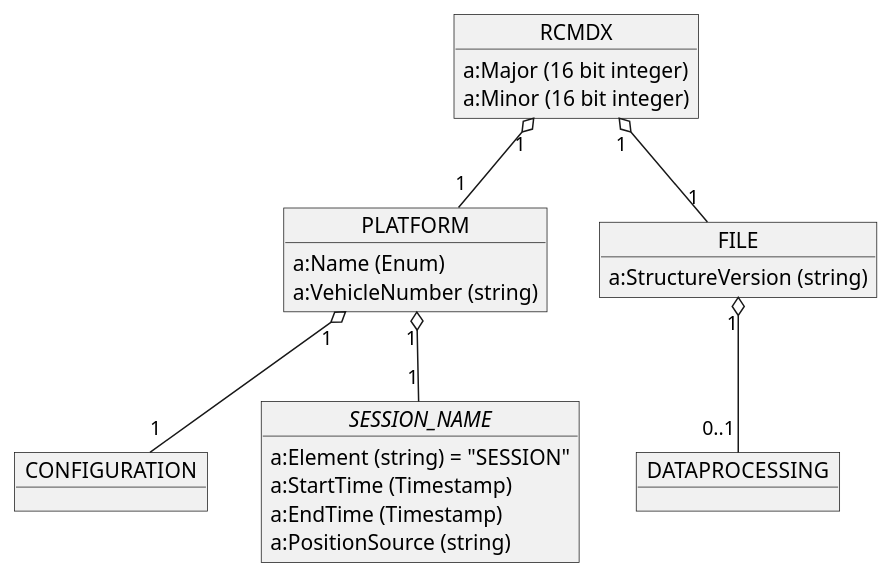
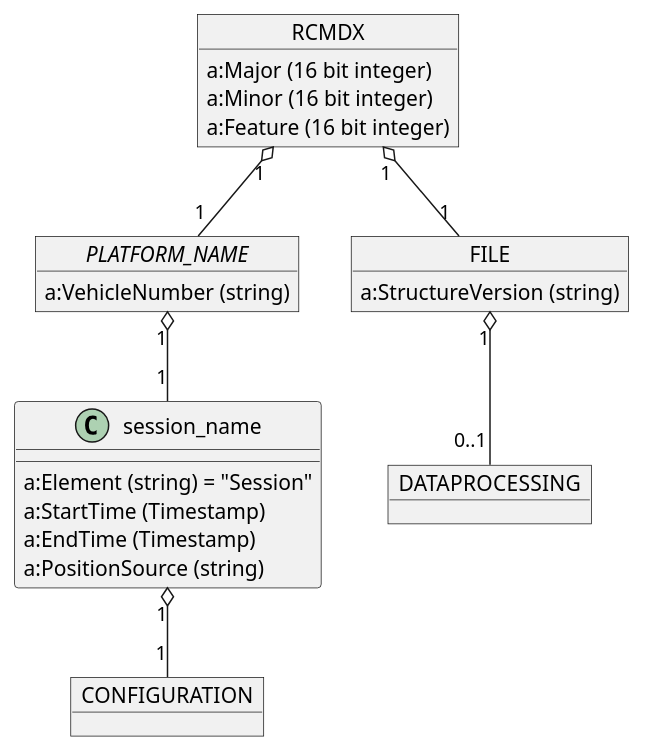
Before and after one commit to OpenRailAssociation/rcm-dx: the second of 13 diagrams in images/rcm-dx-images.puml, drawn with PlantUML. The commit also changed other lines of this file and 17 other files, not shown here.

```diff
--- a/images/rcm-dx-images.puml
+++ b/images/rcm-dx-images.puml
@@ -43,34 +43,34 @@
 @startuml rcmdx_root_group
 
   object RCMDX {
     a:Major (16 bit integer)
     a:Minor (16 bit integer)
+    a:Feature (16 bit integer)
   }
  
-  object PLATFORM {
-    a:Name (Enum)
+  object "//PLATFORM_NAME//" as PLATFORM {
     a:VehicleNumber (string)
   }
   RCMDX "1" o-- "1" PLATFORM
 
   object FILE {
     a:StructureVersion (string)
   }
   RCMDX "1" o-- "1" FILE
 
   object DATAPROCESSING {
   }
   FILE "1" o-- "0..1" DATAPROCESSING
 
-  object "CONFIGURATION" as platform_config
-  PLATFORM "1" o-- "1" platform_config
+  object "CONFIGURATION" as session_config
+  session_name "1" o-- "1" session_config
 
   object "//SESSION_NAME//" as session_name {
-    a:Element (string) = "SESSION"
+    a:Element (string) = "Session"
     a:StartTime (Timestamp)
     a:EndTime (Timestamp)
     a:PositionSource (string)
   } 
   PLATFORM "1" o-- "1" session_name
 
 @enduml
```
